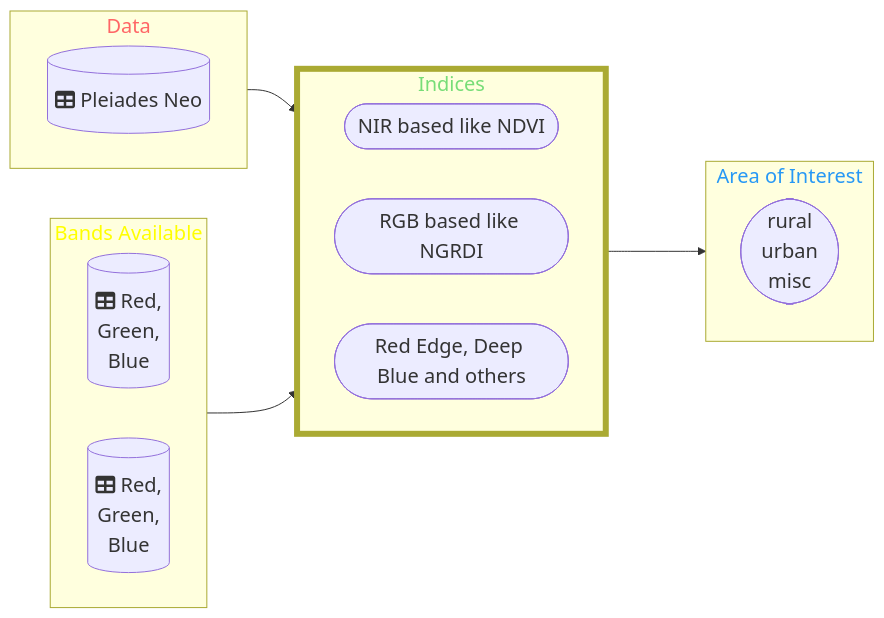
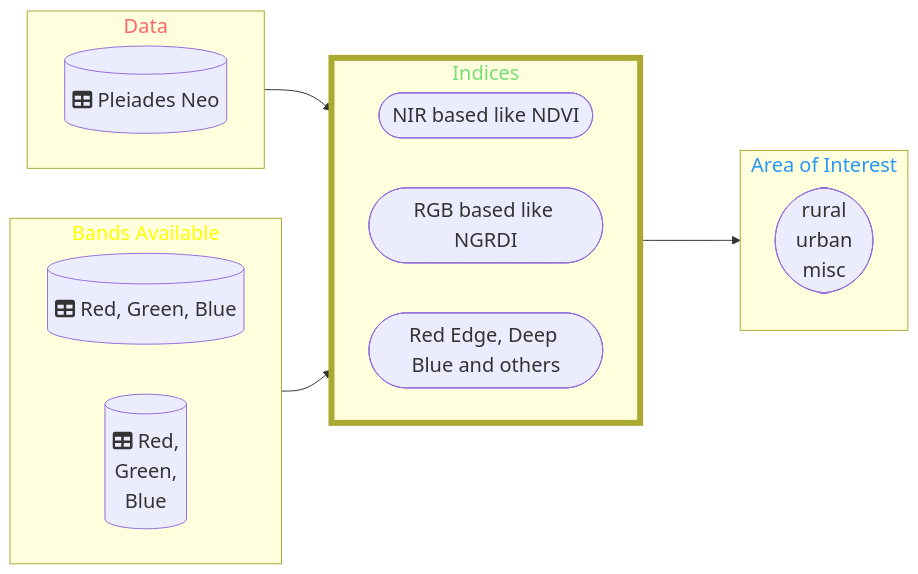
One commit to DippoldEJ/Feature-Detection-and-Explanation changed the diagram in Area-Features/README.md. Above: the diagram before and after it, drawn with Mermaid.

````diff
--- a/Area-Features/README.md
+++ b/Area-Features/README.md
@@ -14,42 +14,42 @@
 ```mermaid
 flowchart LR;
 %%{init: {
 	'themeVariables': { 'fontSize': '20px', 'fontFamily': 'Didot'}
 	}
 }%%
 
  subgraph n[Data]
         direction LR
         b[(fa:fa-table Pleiades Neo)]
     end
 
  subgraph q[Bands Available]
         direction LR
-        r[(fa:fa-table Red, <br /> Green, <br /> Blue)]
+        r[(fa:fa-table Red, Green, Blue)]
         h[(fa:fa-table Red, <br /> Green, <br /> Blue)]
     end
 
  subgraph o[Indices]
         direction LR
         j([NIR based like NDVI])
         c([RGB based like NGRDI])
         m([Red Edge, Deep Blue and others])
     end
 
 subgraph p[Area of Interest]
     a([rural <br /> urban  <br />  misc])
     end
 
 style n color:#f66
 style o stroke-width:6px
 style o color:#77DD77
 
 style p color:#2798F5
 style q color:#FFFF00
 
 n-->o
 o-->p
 q-->o
 
 
 ```
````
